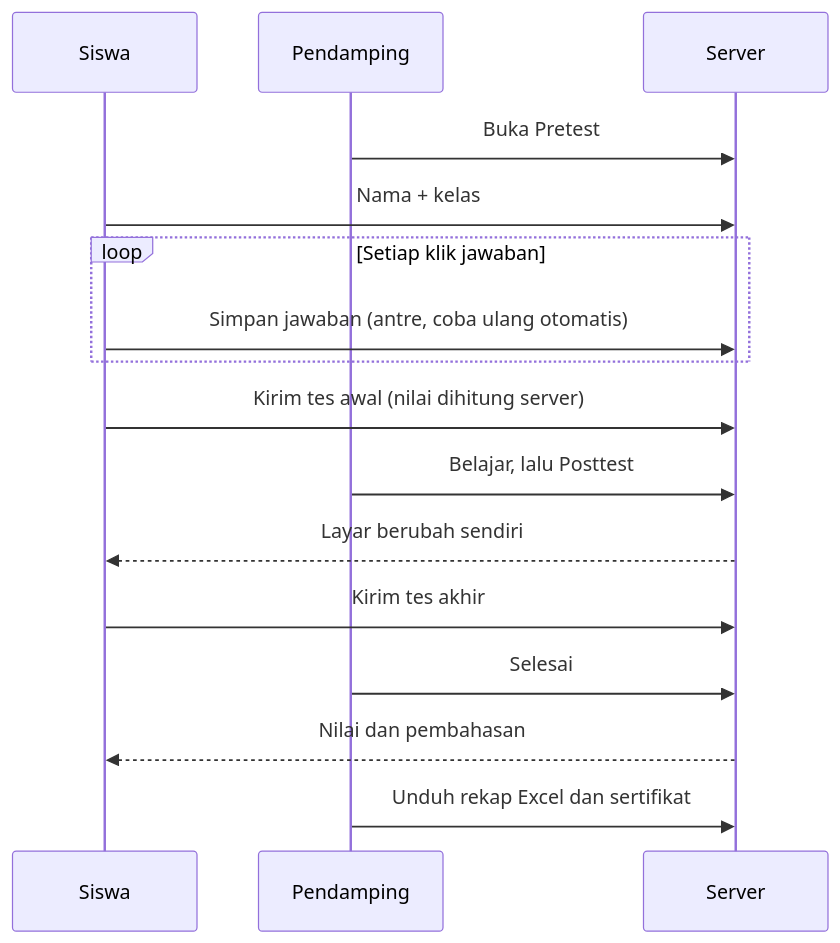
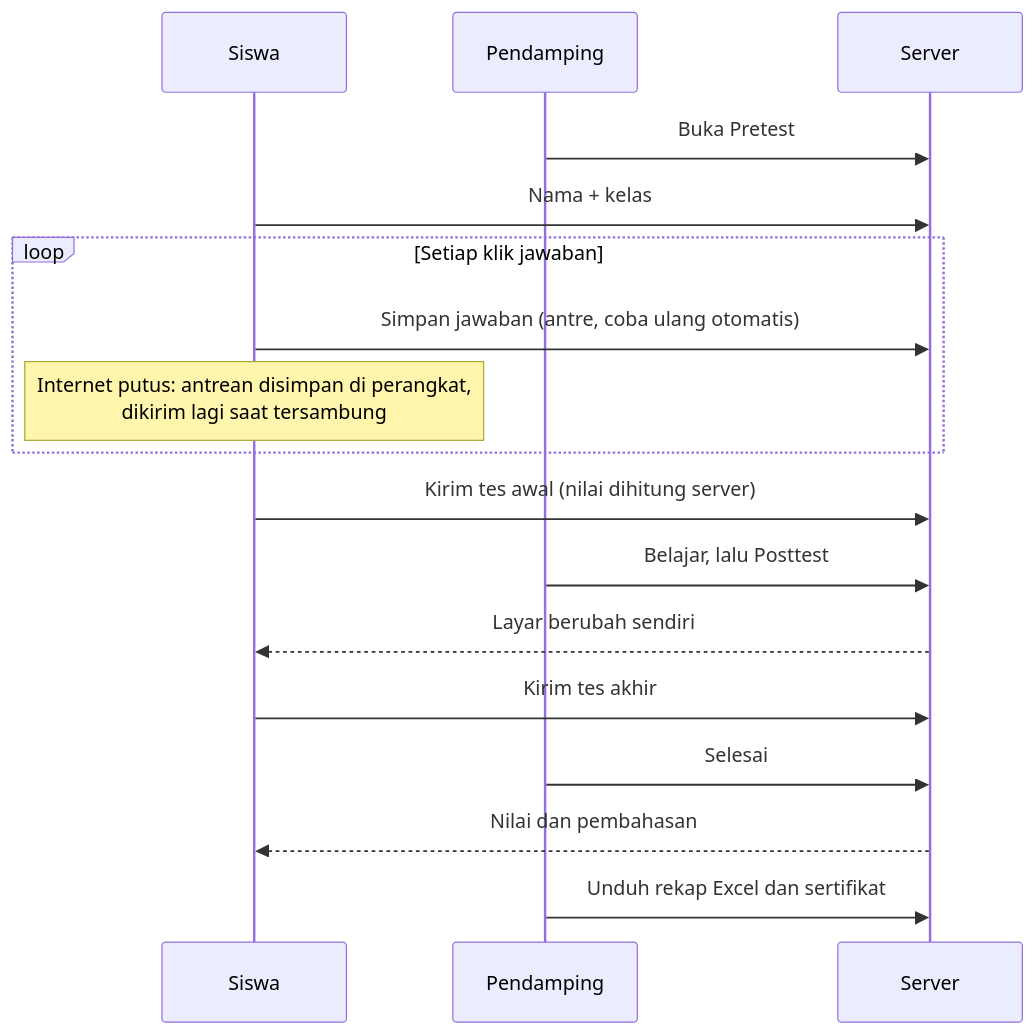
One commit to ihyaabrar/prodamat changed the second of 2 diagrams in README.md. Above: the diagram before and after it, drawn with Mermaid. The commit also changed other lines of this file and 4 other files, not shown here.

````diff
--- a/README.md
+++ b/README.md
@@ -105,18 +107,19 @@
 ```mermaid
 sequenceDiagram
   participant Siswa
   participant Pendamping
   participant Server
   Pendamping->>Server: Buka Pretest
   Siswa->>Server: Nama + kelas
   loop Setiap klik jawaban
     Siswa->>Server: Simpan jawaban (antre, coba ulang otomatis)
+    Note over Siswa: Internet putus: antrean disimpan di perangkat,<br/>dikirim lagi saat tersambung
   end
   Siswa->>Server: Kirim tes awal (nilai dihitung server)
   Pendamping->>Server: Belajar, lalu Posttest
   Server-->>Siswa: Layar berubah sendiri
   Siswa->>Server: Kirim tes akhir
   Pendamping->>Server: Selesai
   Server-->>Siswa: Nilai dan pembahasan
   Pendamping->>Server: Unduh rekap Excel dan sertifikat
 ```
````
